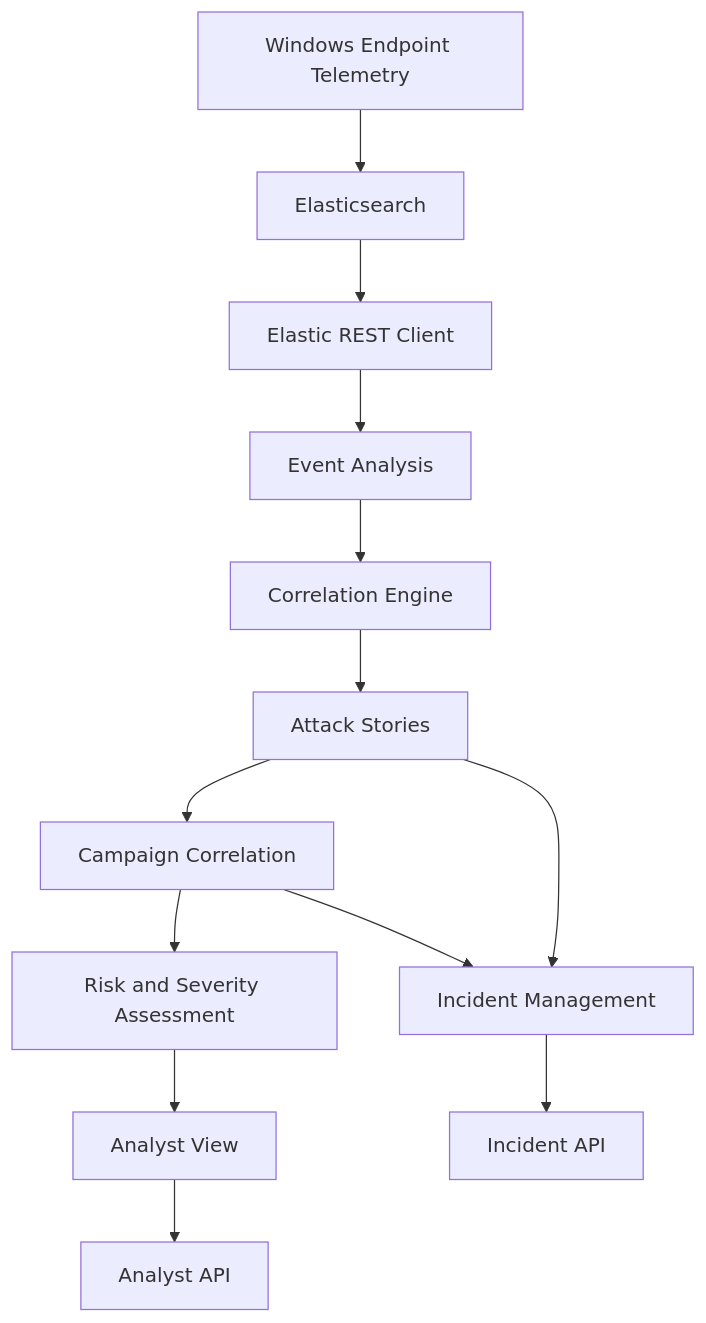
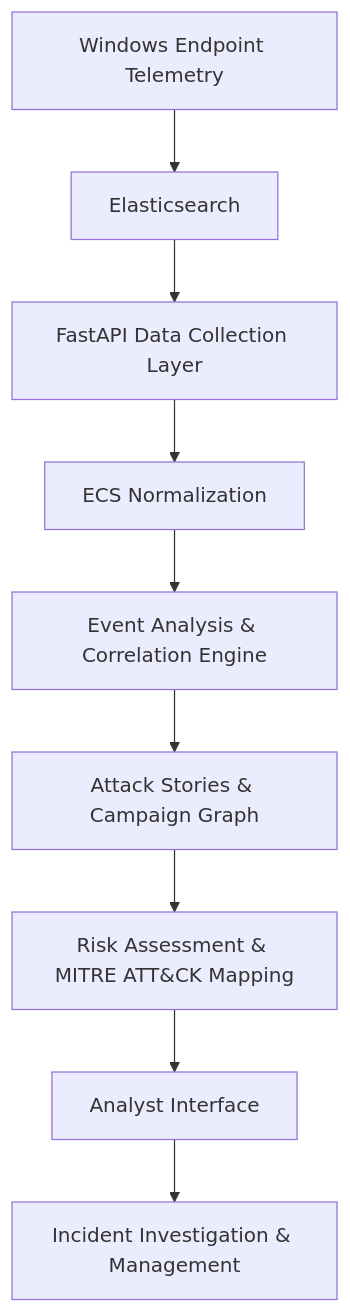
One commit to youssefeabdelfattah-max/THREATWEAVE changed the diagram in README.md. Above: the diagram before and after it, drawn with Mermaid. The commit also changed other lines of this file, not shown here.

````diff
--- a/README.md
+++ b/README.md
@@ -36,28 +36,11 @@
 ```mermaid
 flowchart TD
-    A[Windows Endpoint Telemetry]
-    B[Elasticsearch]
-    C[Elastic REST Client]
-    D[Event Analysis]
-    E[Correlation Engine]
-    F[Attack Stories]
-    G[Campaign Correlation]
-    H[Risk and Severity Assessment]
-    I[Analyst View]
-    J[Analyst API]
-    K[Incident Management]
-    L[Incident API]
-
-    A --> B
-    B --> C
-    C --> D
-    D --> E
-    E --> F
-    F --> G
-    G --> H
-    H --> I
-    I --> J
-    F --> K
-    G --> K
-    K --> L
+    A["Windows Endpoint Telemetry"] --> B["Elasticsearch"]
+    B --> C["FastAPI Data Collection Layer"]
+    C --> D["ECS Normalization"]
+    D --> E["Event Analysis & Correlation Engine"]
+    E --> F["Attack Stories & Campaign Graph"]
+    F --> G["Risk Assessment & MITRE ATT&CK Mapping"]
+    G --> H["Analyst Interface"]
+    H --> I["Incident Investigation & Management"]
 ```
````
